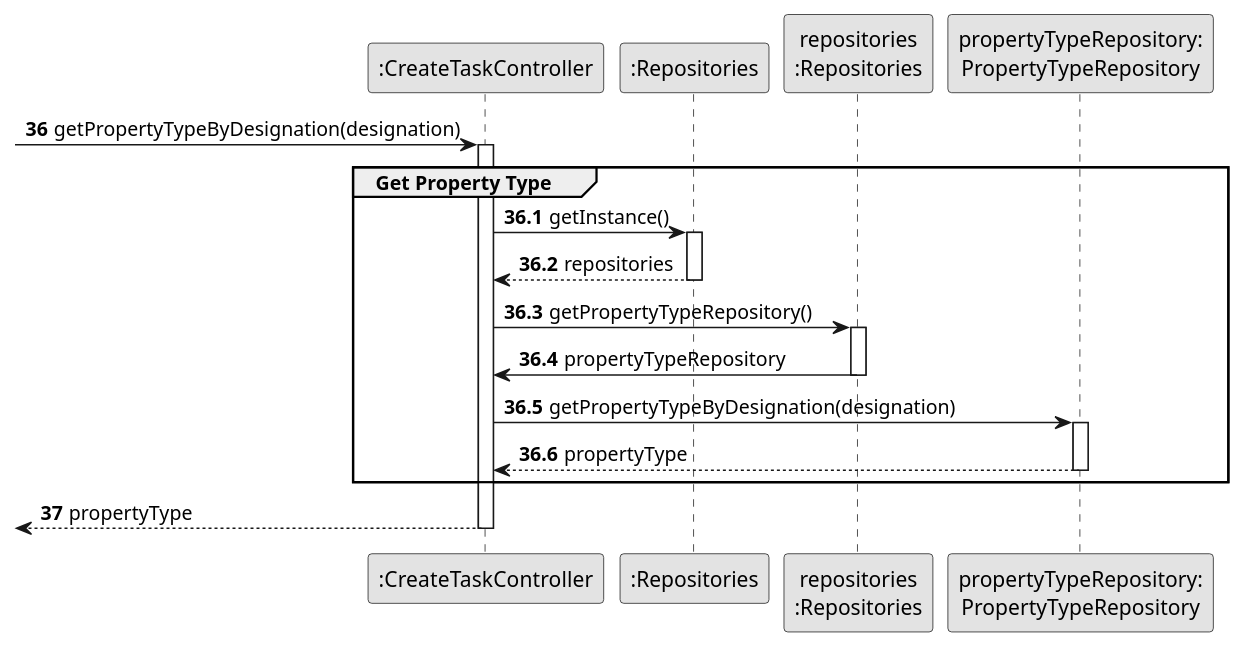
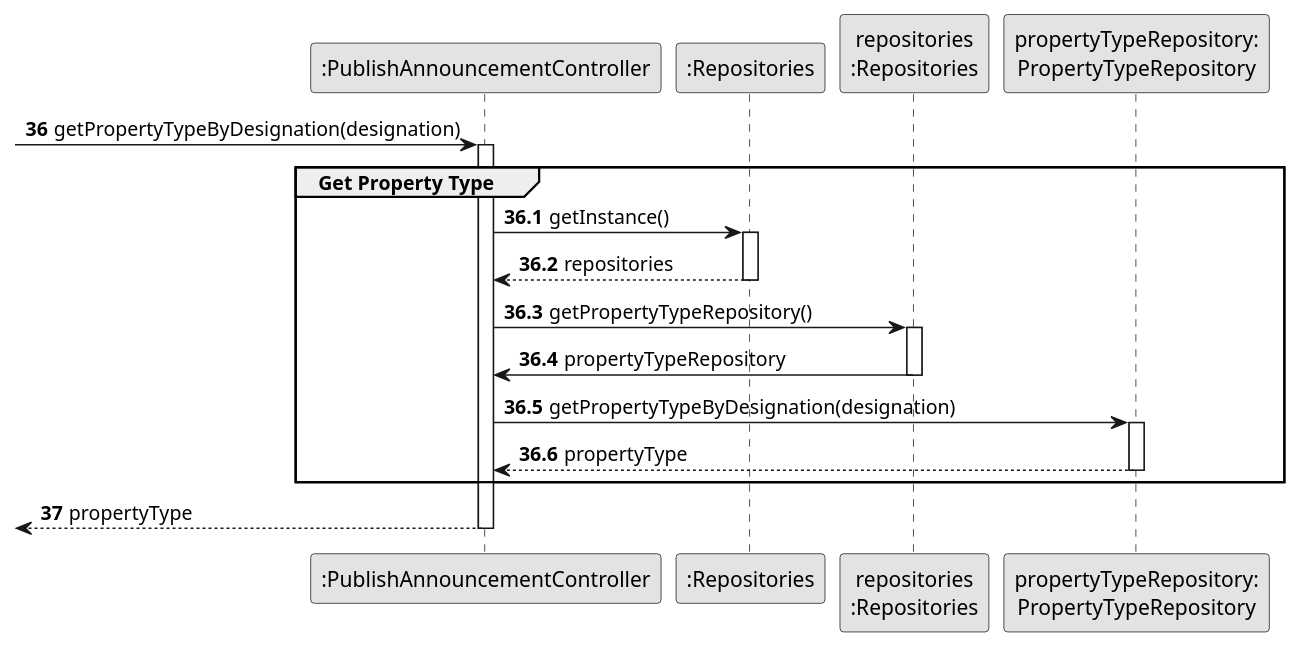
One commit to rita-barbosa/LAPR2-2223 changed the diagram in docs/sprintB/us002/03.design/puml/us002-sequence-diagram-partial-get-property-type.puml. Above: the diagram before and after it, drawn with PlantUML. The commit also changed 19 other files, not shown here.

```diff
--- a/docs/sprintB/us002/03.design/puml/us002-sequence-diagram-partial-get-property-type.puml
+++ b/docs/sprintB/us002/03.design/puml/us002-sequence-diagram-partial-get-property-type.puml
@@ -1,44 +1,44 @@
 @startuml
 skinparam monochrome true
 skinparam packageStyle rectangle
 skinparam shadowing false
 
-participant ":CreateTaskController" as CTRL
+participant ":PublishAnnouncementController" as CTRL
 participant ":Repositories" as RepositorySingleton
 participant "repositories\n:Repositories" as PLAT
 participant "propertyTypeRepository:\nPropertyTypeRepository" as PropertyTypeRepository
 
 autonumber 36
 -> CTRL : getPropertyTypeByDesignation(designation)
 
 autonumber 36.1
 
 activate CTRL
     group Get Property Type
         CTRL -> RepositorySingleton : getInstance()
         activate RepositorySingleton
 
             RepositorySingleton --> CTRL: repositories
         deactivate RepositorySingleton
 
         CTRL -> PLAT : getPropertyTypeRepository()
         activate PLAT
 
             PLAT -> CTRL : propertyTypeRepository
         deactivate PLAT
 
         CTRL -> PropertyTypeRepository : getPropertyTypeByDesignation(designation)
         activate PropertyTypeRepository
 
         PropertyTypeRepository --> CTRL : propertyType
         deactivate PropertyTypeRepository
 
     end group
 
     autonumber 37
     <-- CTRL : propertyType
 
 deactivate CTRL
 
 
 @enduml
```
